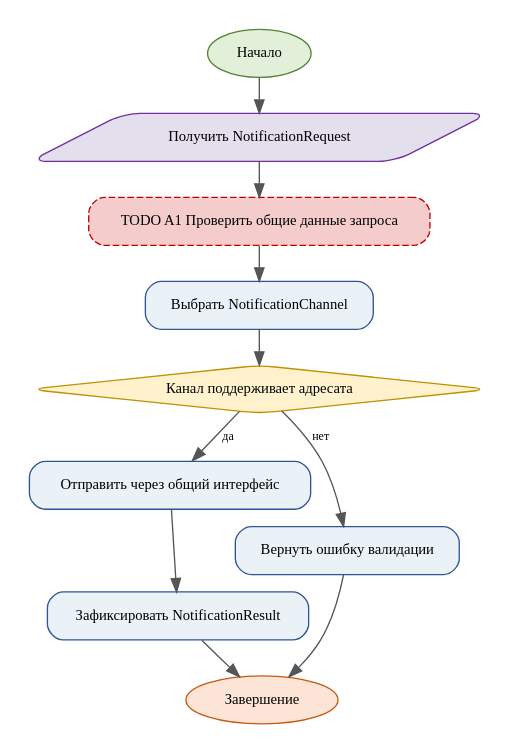
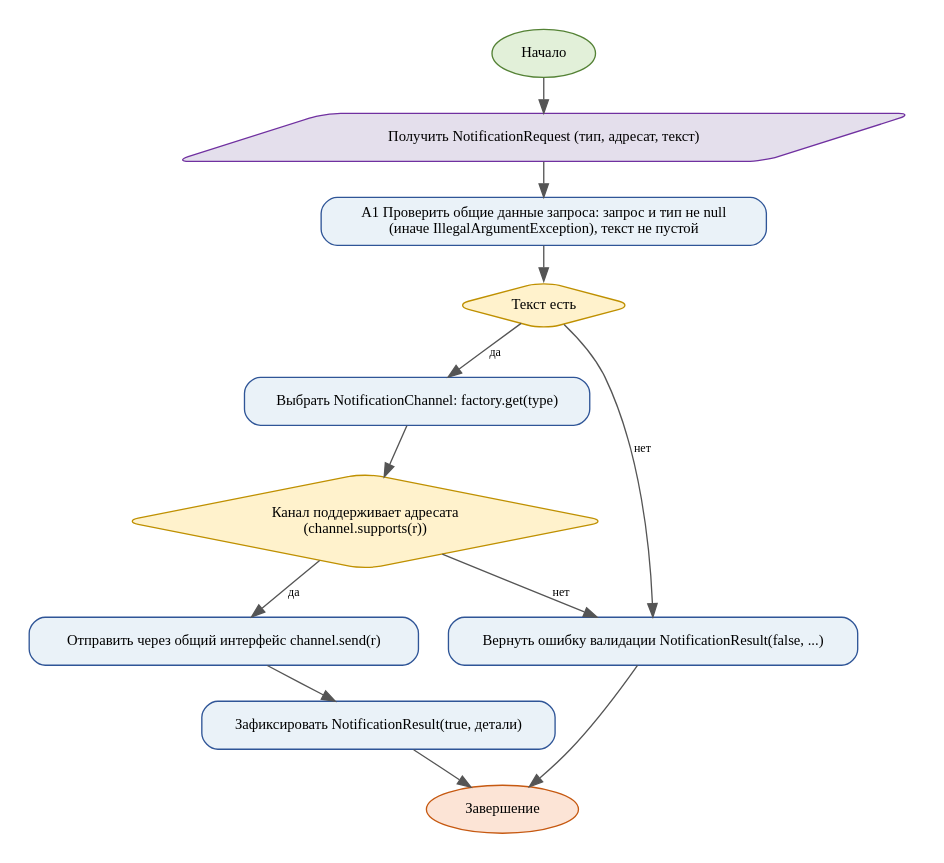
The diagram in diagrams/activity.dot (svpeditor/pr15-klimashevskiy-da), drawn with Graphviz before and after one commit. The commit also changed 3 other files, not shown here.

Commit message:
Итоговые activity-диаграмма и диаграмма классов

```diff
--- a/diagrams/activity.dot
+++ b/diagrams/activity.dot
@@ -1,23 +1,26 @@
 digraph G {
-graph [rankdir=TB, bgcolor="white", pad=0.2, nodesep=0.25, ranksep=0.35];
+graph [rankdir=TB, bgcolor="white", pad=0.2, nodesep=0.3, ranksep=0.35];
 node [shape=box, style="rounded,filled", fontname="Times New Roman", fontsize=11, color="#2F5597", fillcolor="#EAF2F8", margin="0.12,0.08"];
 edge [fontname="Times New Roman", fontsize=9, color="#555555"];
 start [label="Начало", shape=oval, fillcolor="#E2F0D9", color="#548235"];
 end [label="Завершение", shape=oval, fillcolor="#FCE4D6", color="#C65911"];
-n1 [label="Получить NotificationRequest" ,shape=parallelogram,fillcolor="#E4DFEC",color="#7030A0"];
-n2 [label="TODO A1 Проверить общие данные запроса" ,fillcolor="#F4CCCC",color="#C00000",style="rounded,dashed,filled"];
-n3 [label="Выбрать NotificationChannel" ];
-n4 [label="Канал поддерживает адресата" ,shape=diamond,fillcolor="#FFF2CC",color="#BF9000"];
-n5 [label="Отправить через общий интерфейс" ];
-n6 [label="Зафиксировать NotificationResult" ];
-n7 [label="Вернуть ошибку валидации" ];
+n1 [label="Получить NotificationRequest (тип, адресат, текст)" ,shape=parallelogram,fillcolor="#E4DFEC",color="#7030A0"];
+n2 [label="A1 Проверить общие данные запроса: запрос и тип не null\n(иначе IllegalArgumentException), текст не пустой"];
+n2d [label="Текст есть" ,shape=diamond,fillcolor="#FFF2CC",color="#BF9000"];
+n3 [label="Выбрать NotificationChannel: factory.get(type)"];
+n4 [label="Канал поддерживает адресата\n(channel.supports(r))" ,shape=diamond,fillcolor="#FFF2CC",color="#BF9000"];
+n5 [label="Отправить через общий интерфейс channel.send(r)"];
+n6 [label="Зафиксировать NotificationResult(true, детали)"];
+n7 [label="Вернуть ошибку валидации NotificationResult(false, ...)"];
 start -> n1;
 n1 -> n2;
-n2 -> n3;
+n2 -> n2d;
+n2d -> n3 [label="да"];
+n2d -> n7 [label="нет"];
 n3 -> n4;
 n4 -> n5 [label="да"];
 n4 -> n7 [label="нет"];
 n5 -> n6;
 n6 -> end;
 n7 -> end;
 }
```
